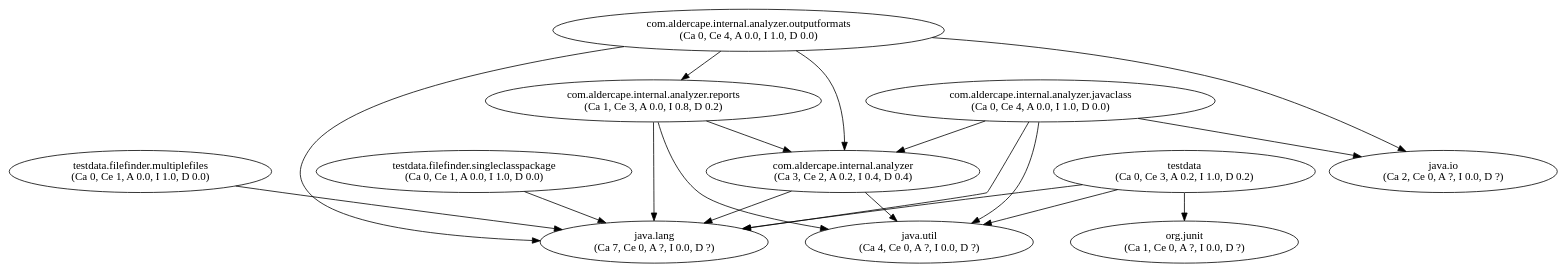
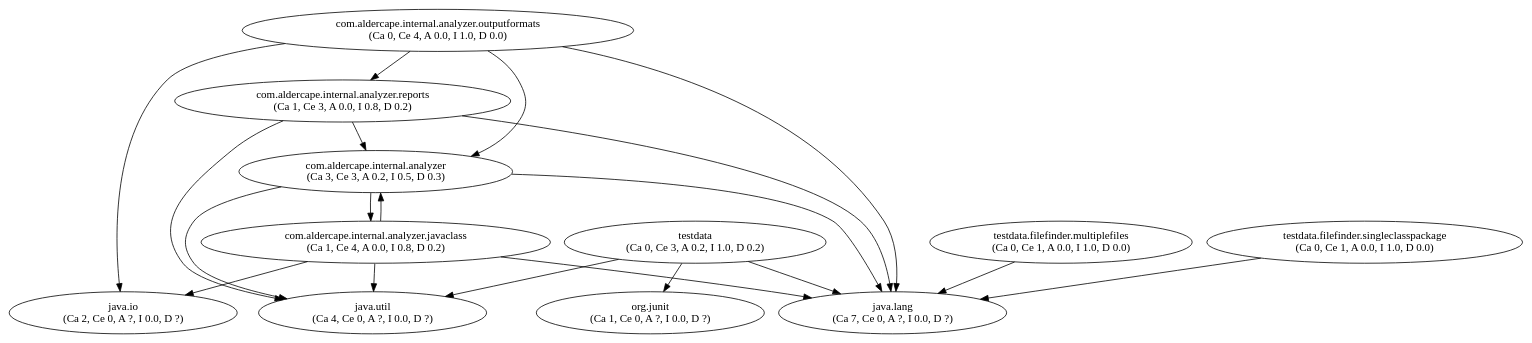
One commit to AlderCape/Analyzer changed the diagram in project.dot. Above: the diagram before and after it, drawn with Graphviz. The commit also changed 5 other files, not shown here.

```diff
--- a/project.dot
+++ b/project.dot
@@ -1,31 +1,32 @@
 digraph G {
-"com.aldercape.internal.analyzer" [label="com.aldercape.internal.analyzer\n(Ca 3, Ce 2, A 0.2, I 0.4, D 0.4)"];
-"com.aldercape.internal.analyzer.javaclass" [label="com.aldercape.internal.analyzer.javaclass\n(Ca 0, Ce 4, A 0.0, I 1.0, D 0.0)"];
+"com.aldercape.internal.analyzer" [label="com.aldercape.internal.analyzer\n(Ca 3, Ce 3, A 0.2, I 0.5, D 0.3)"];
+"com.aldercape.internal.analyzer.javaclass" [label="com.aldercape.internal.analyzer.javaclass\n(Ca 1, Ce 4, A 0.0, I 0.8, D 0.2)"];
 "com.aldercape.internal.analyzer.outputformats" [label="com.aldercape.internal.analyzer.outputformats\n(Ca 0, Ce 4, A 0.0, I 1.0, D 0.0)"];
 "com.aldercape.internal.analyzer.reports" [label="com.aldercape.internal.analyzer.reports\n(Ca 1, Ce 3, A 0.0, I 0.8, D 0.2)"];
 "java.io" [label="java.io\n(Ca 2, Ce 0, A ?, I 0.0, D ?)"];
 "java.lang" [label="java.lang\n(Ca 7, Ce 0, A ?, I 0.0, D ?)"];
 "java.util" [label="java.util\n(Ca 4, Ce 0, A ?, I 0.0, D ?)"];
 "org.junit" [label="org.junit\n(Ca 1, Ce 0, A ?, I 0.0, D ?)"];
 "testdata" [label="testdata\n(Ca 0, Ce 3, A 0.2, I 1.0, D 0.2)"];
 "testdata.filefinder.multiplefiles" [label="testdata.filefinder.multiplefiles\n(Ca 0, Ce 1, A 0.0, I 1.0, D 0.0)"];
 "testdata.filefinder.singleclasspackage" [label="testdata.filefinder.singleclasspackage\n(Ca 0, Ce 1, A 0.0, I 1.0, D 0.0)"];
+"com.aldercape.internal.analyzer" -> "com.aldercape.internal.analyzer.javaclass";
 "com.aldercape.internal.analyzer" -> "java.lang";
 "com.aldercape.internal.analyzer" -> "java.util";
 "com.aldercape.internal.analyzer.javaclass" -> "com.aldercape.internal.analyzer";
 "com.aldercape.internal.analyzer.javaclass" -> "java.io";
 "com.aldercape.internal.analyzer.javaclass" -> "java.lang";
 "com.aldercape.internal.analyzer.javaclass" -> "java.util";
 "com.aldercape.internal.analyzer.outputformats" -> "com.aldercape.internal.analyzer";
 "com.aldercape.internal.analyzer.outputformats" -> "com.aldercape.internal.analyzer.reports";
 "com.aldercape.internal.analyzer.outputformats" -> "java.io";
 "com.aldercape.internal.analyzer.outputformats" -> "java.lang";
 "com.aldercape.internal.analyzer.reports" -> "com.aldercape.internal.analyzer";
 "com.aldercape.internal.analyzer.reports" -> "java.lang";
 "com.aldercape.internal.analyzer.reports" -> "java.util";
 "testdata" -> "java.lang";
 "testdata" -> "java.util";
 "testdata" -> "org.junit";
 "testdata.filefinder.multiplefiles" -> "java.lang";
 "testdata.filefinder.singleclasspackage" -> "java.lang";
 }
```
